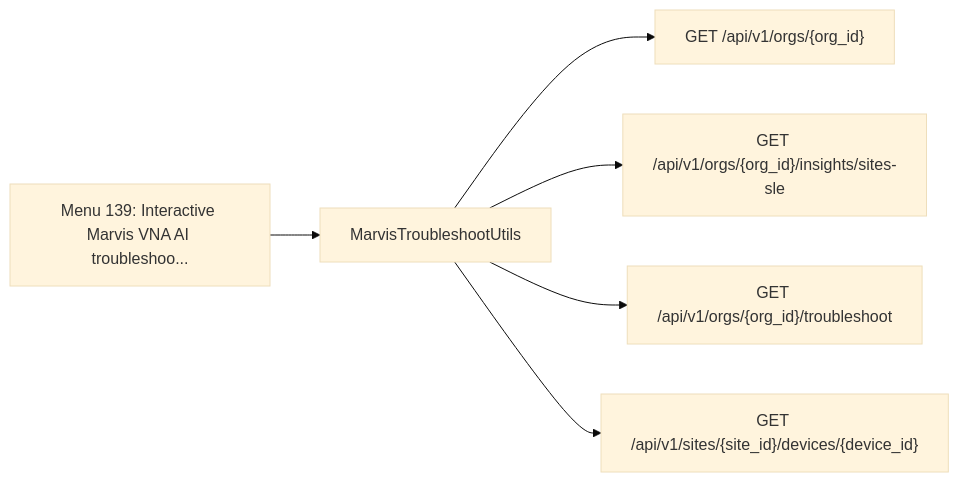
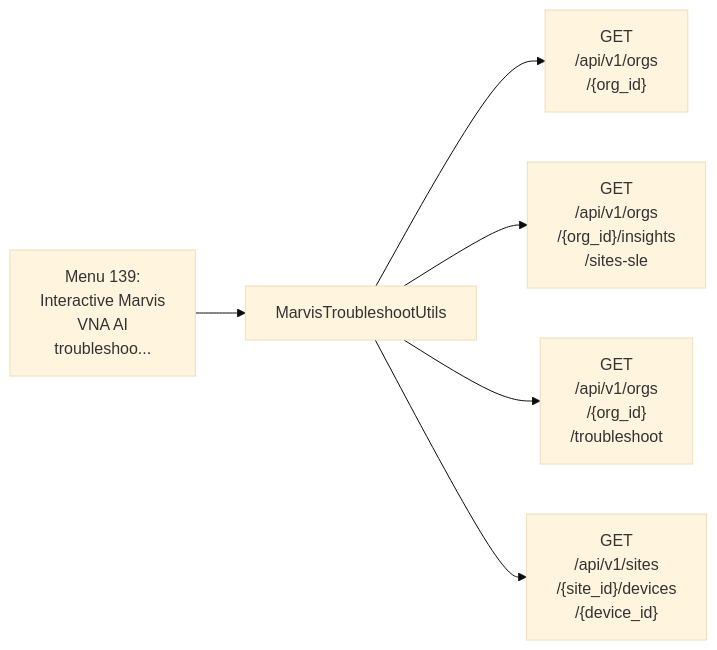
One commit to jmorrison-juniper/MistHelper changed diagram 17 of 28 in documentation/menu-api/interactive.md. Above: the diagram before and after it, drawn with Mermaid (base theme). The commit also changed other lines of this file and 19 other files, not shown here.

First line of the commit message:
docs(menu-api): fit the Mermaid diagrams to the wiki column

````diff
--- a/documentation/menu-api/interactive.md
+++ b/documentation/menu-api/interactive.md
@@ -570,9 +422,9 @@
 ```mermaid
 flowchart LR
-    menu["Menu 139: Interactive Marvis VNA AI troubleshoo..."]
+    menu["Menu 139:<br/>Interactive Marvis<br/>VNA AI<br/>troubleshoo..."]
     menu --> c1["MarvisTroubleshootUtils"]
-    c1 --> e1["GET /api/v1/orgs/{org_id}"]
-    c1 --> e2["GET /api/v1/orgs/{org_id}/insights/sites-sle"]
-    c1 --> e3["GET /api/v1/orgs/{org_id}/troubleshoot"]
-    c1 --> e4["GET /api/v1/sites/{site_id}/devices/{device_id}"]
+    c1 --> e1["GET<br/>/api/v1/orgs<br/>/{org_id}"]
+    c1 --> e2["GET<br/>/api/v1/orgs<br/>/{org_id}/insights<br/>/sites-sle"]
+    c1 --> e3["GET<br/>/api/v1/orgs<br/>/{org_id}<br/>/troubleshoot"]
+    c1 --> e4["GET<br/>/api/v1/sites<br/>/{site_id}/devices<br/>/{device_id}"]
 ```
````
